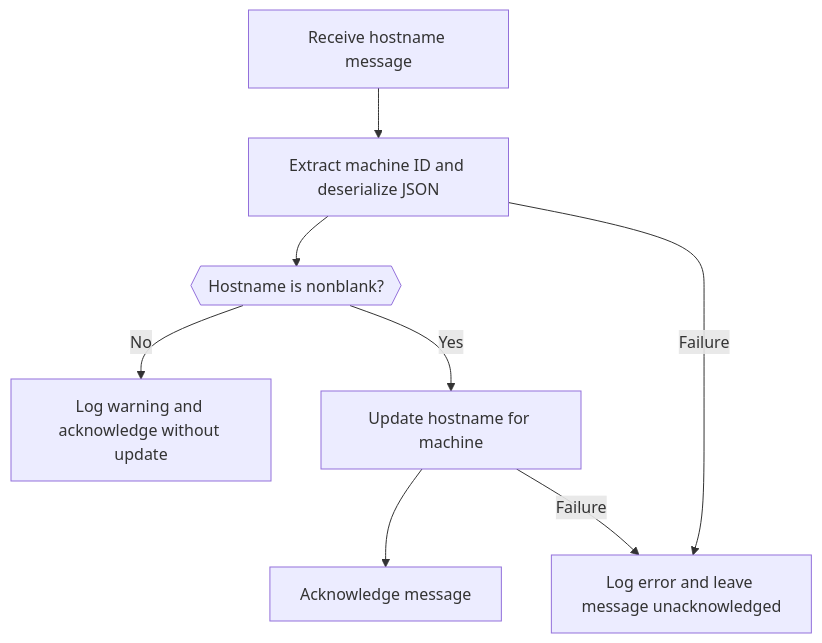
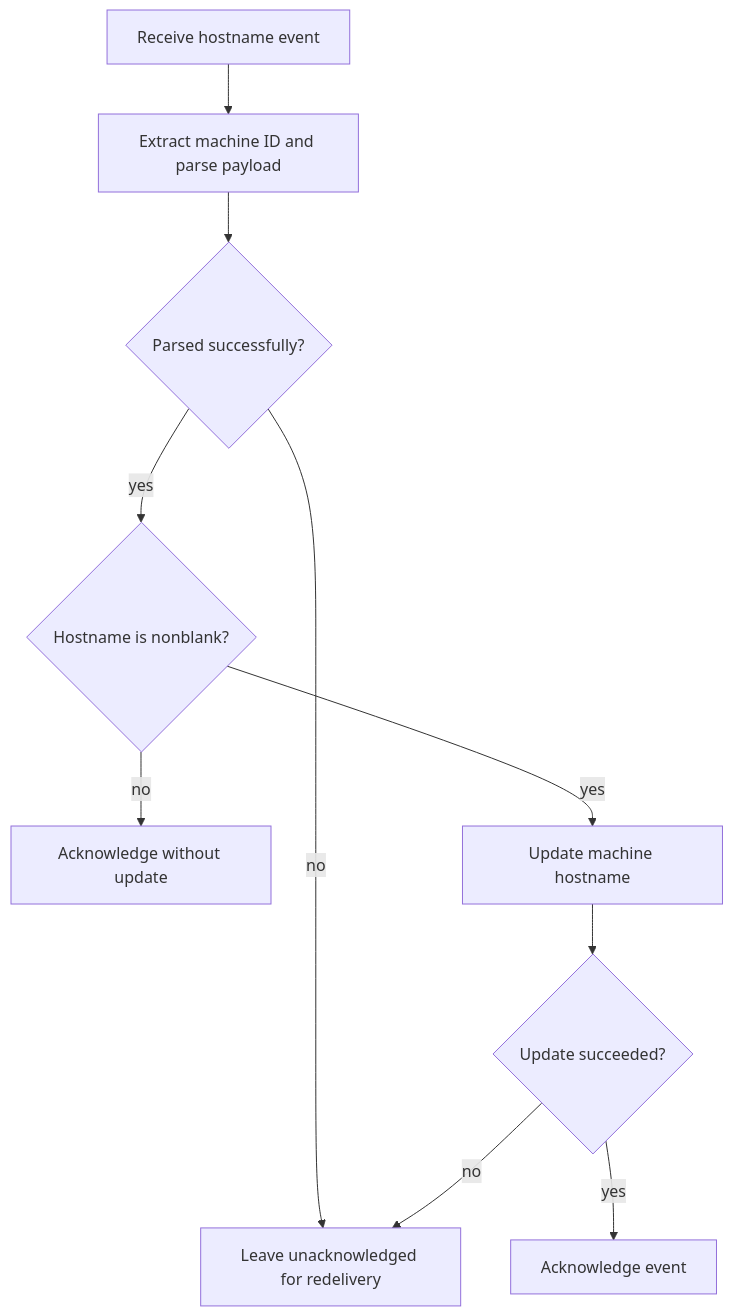
The third of 3 diagrams in docs/reference/architecture/openframe-client-core/model-hostname-report/model-hostname-report.md (flamingo-stack/openframe-oss-tenant), drawn with Mermaid before and after one commit. The commit also changed other lines of this file and 2377 other files, not shown here.

````diff
--- a/docs/reference/architecture/openframe-client-core/model-hostname-report/model-hostname-report.md
+++ b/docs/reference/architecture/openframe-client-core/model-hostname-report/model-hostname-report.md
@@ -82,10 +113,12 @@
 ```mermaid
 flowchart TD
-    Receive["Receive hostname message"] --> Decode["Extract machine ID and deserialize JSON"]
-    Decode --> Valid{{"Hostname is nonblank?"}}
-    Valid -->|"No"| EmptyAck["Log warning and acknowledge without update"]
-    Valid -->|"Yes"| Update["Update hostname for machine"]
-    Update --> Ack["Acknowledge message"]
-    Decode -->|"Failure"| Retry["Log error and leave message unacknowledged"]
-    Update -->|"Failure"| Retry
+    Receive["Receive hostname event"] --> Parse["Extract machine ID and parse payload"]
+    Parse --> Parsed{"Parsed successfully?"}
+    Parsed -->|"no"| Retry["Leave unacknowledged for redelivery"]
+    Parsed -->|"yes"| Nonblank{"Hostname is nonblank?"}
+    Nonblank -->|"no"| Ignore["Acknowledge without update"]
+    Nonblank -->|"yes"| Update["Update machine hostname"]
+    Update --> Saved{"Update succeeded?"}
+    Saved -->|"yes"| Ack["Acknowledge event"]
+    Saved -->|"no"| Retry
 ```
````
